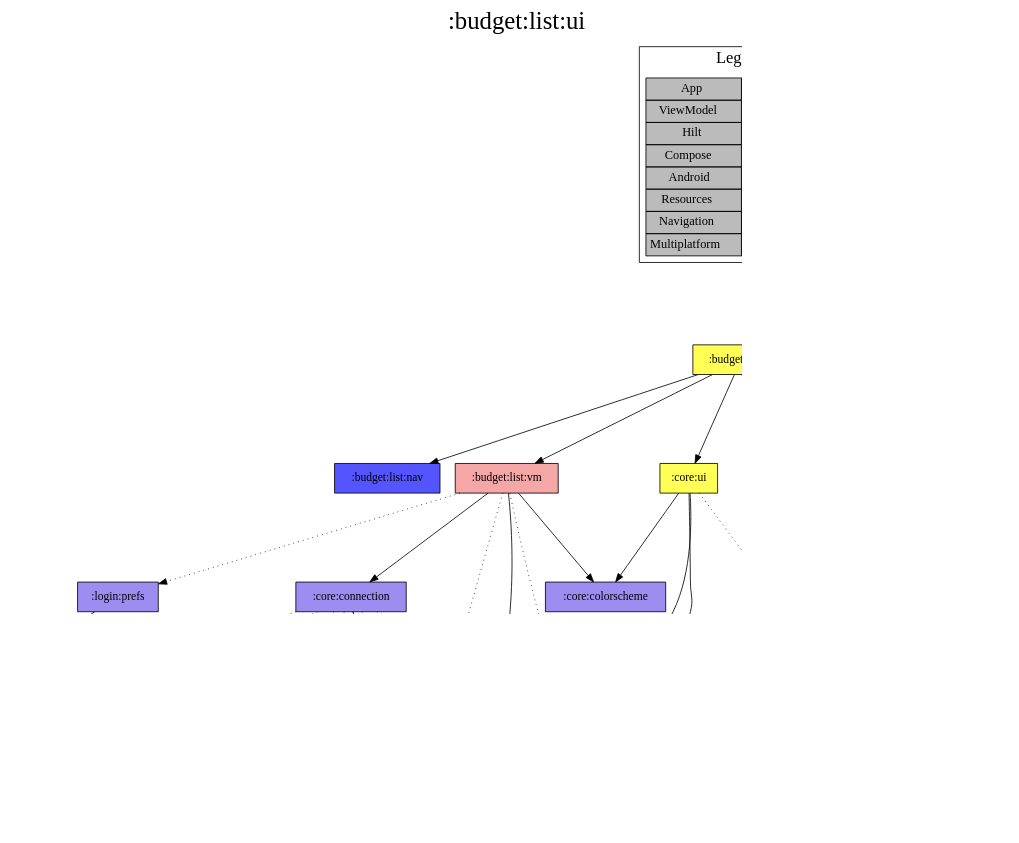
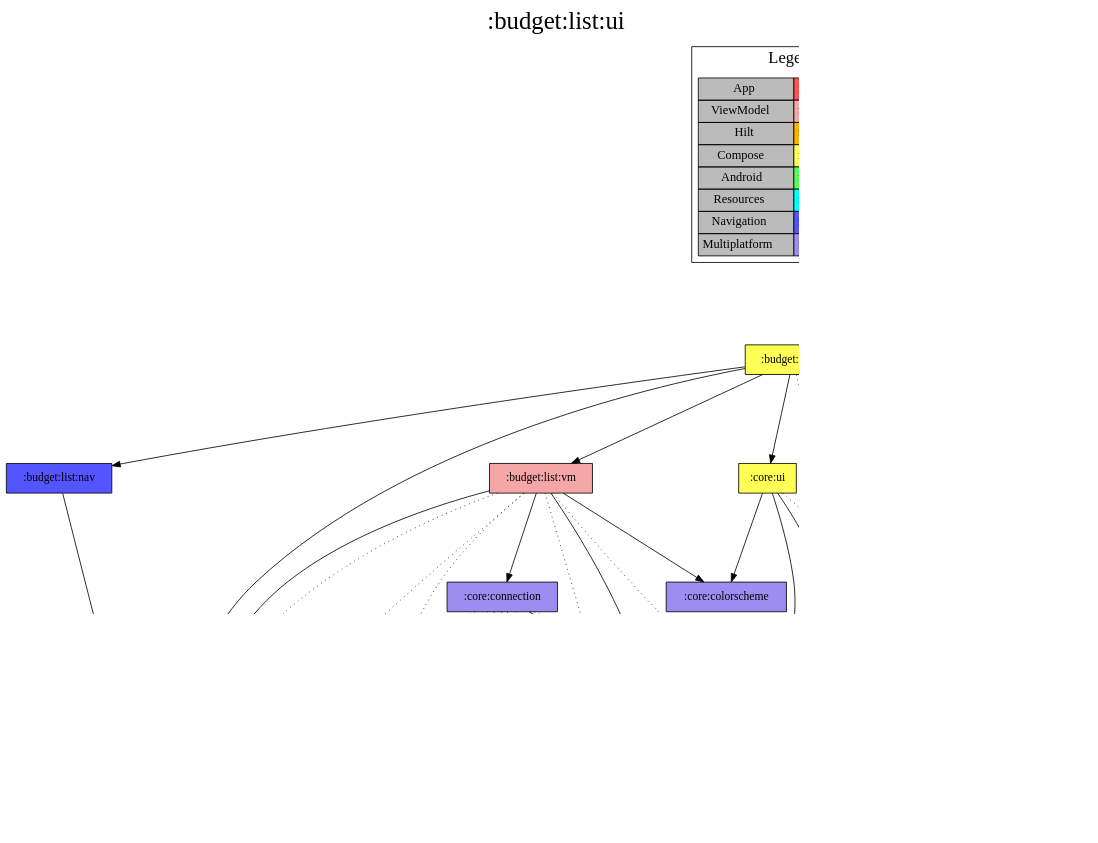
The diagram in modules/budget/list/ui/project-dependency-graph.dot (jonapoul/aktual), drawn with Graphviz before and after one commit. The commit also changed 36 other files, not shown here.

```diff
--- a/modules/budget/list/ui/project-dependency-graph.dot
+++ b/modules/budget/list/ui/project-dependency-graph.dot
@@ -1,77 +1,80 @@
 digraph {
 edge ["dir"="forward"]
 graph ["dpi"="100","label"=":budget:list:ui","labelloc"="t","fontsize"="30","ranksep"="1.5","rankdir"="TB"]
 node ["style"="filled"]
 ":budget:list:ui" ["fillcolor"="#FFFF55","shape"="box"]
 ":budget:list:nav" ["fillcolor"="#5555FF","shape"="box"]
+":login:model" ["fillcolor"="#9D8DF1","shape"="box"]
 ":budget:list:vm" ["fillcolor"="#F5A6A6","shape"="box"]
 ":core:colorscheme" ["fillcolor"="#9D8DF1","shape"="box"]
 ":core:connection" ["fillcolor"="#9D8DF1","shape"="box"]
 ":core:buildconfig" ["fillcolor"="#9D8DF1","shape"="box"]
 ":api:actual" ["fillcolor"="#9D8DF1","shape"="box"]
-":login:model" ["fillcolor"="#9D8DF1","shape"="box"]
 ":url:model" ["fillcolor"="#9D8DF1","shape"="box"]
 ":api:core" ["fillcolor"="#9D8DF1","shape"="box"]
 ":core:log" ["fillcolor"="#9D8DF1","shape"="box"]
 ":core:coroutines" ["fillcolor"="#9D8DF1","shape"="box"]
 ":core:versions" ["fillcolor"="#9D8DF1","shape"="box"]
 ":url:prefs" ["fillcolor"="#9D8DF1","shape"="box"]
-":login:prefs" ["fillcolor"="#9D8DF1","shape"="box"]
 ":core:ui" ["fillcolor"="#FFFF55","shape"="box"]
 ":core:res" ["fillcolor"="#00FFFF","shape"="box"]
 ":budget:list:res" ["fillcolor"="#00FFFF","shape"="box"]
 ":login:nav" ["fillcolor"="#5555FF","shape"="box"]
 ":url:nav" ["fillcolor"="#5555FF","shape"="box"]
 {
 edge ["dir"="none"]
 graph ["rank"="same"]
 }
 ":budget:list:ui" -> ":budget:list:nav"
 ":budget:list:ui" -> ":budget:list:vm"
 ":budget:list:ui" -> ":core:ui"
+":budget:list:ui" -> ":login:model"
 ":budget:list:ui" -> ":budget:list:res" ["style"="dotted"]
 ":budget:list:ui" -> ":core:res" ["style"="dotted"]
 ":budget:list:ui" -> ":login:nav" ["style"="dotted"]
 ":budget:list:ui" -> ":url:nav" ["style"="dotted"]
+":budget:list:nav" -> ":login:model"
 ":budget:list:vm" -> ":core:colorscheme"
 ":budget:list:vm" -> ":core:connection"
+":budget:list:vm" -> ":login:model"
 ":budget:list:vm" -> ":url:model"
+":budget:list:vm" -> ":api:actual" ["style"="dotted"]
+":budget:list:vm" -> ":core:coroutines" ["style"="dotted"]
+":budget:list:vm" -> ":core:log" ["style"="dotted"]
 ":budget:list:vm" -> ":core:versions" ["style"="dotted"]
-":budget:list:vm" -> ":login:prefs" ["style"="dotted"]
 ":budget:list:vm" -> ":url:prefs" ["style"="dotted"]
 ":core:connection" -> ":core:buildconfig"
 ":core:connection" -> ":api:actual" ["style"="dotted"]
 ":core:connection" -> ":api:core" ["style"="dotted"]
 ":core:connection" -> ":core:coroutines" ["style"="dotted"]
 ":core:connection" -> ":core:log" ["style"="dotted"]
 ":core:connection" -> ":core:versions" ["style"="dotted"]
 ":core:connection" -> ":url:model" ["style"="dotted"]
 ":core:connection" -> ":url:prefs" ["style"="dotted"]
 ":api:actual" -> ":login:model"
 ":api:actual" -> ":url:model"
 ":api:core" -> ":core:log"
 ":api:core" -> ":url:model"
 ":core:versions" -> ":core:buildconfig"
 ":url:prefs" -> ":url:model"
-":login:prefs" -> ":login:model"
 ":core:ui" -> ":core:colorscheme"
 ":core:ui" -> ":core:versions"
 ":core:ui" -> ":url:model"
 ":core:ui" -> ":core:res" ["style"="dotted"]
 subgraph "cluster_legend" {
 edge ["dir"="none"]
 graph ["label"="Legend","fontsize"="20"]
 "Legend" ["style"="filled","fillcolor"="#bbbbbb","shape"="none","margin"="0","fontsize"="15","label"=<
 <TABLE BORDER="0" CELLBORDER="1" CELLSPACING="0" CELLPADDING="4">
 <TR><TD>App</TD><TD BGCOLOR="#FF5555">module-name</TD></TR>
 <TR><TD>ViewModel</TD><TD BGCOLOR="#F5A6A6">module-name</TD></TR>
 <TR><TD>Hilt</TD><TD BGCOLOR="#FCB103">module-name</TD></TR>
 <TR><TD>Compose</TD><TD BGCOLOR="#FFFF55">module-name</TD></TR>
 <TR><TD>Android</TD><TD BGCOLOR="#55FF55">module-name</TD></TR>
 <TR><TD>Resources</TD><TD BGCOLOR="#00FFFF">module-name</TD></TR>
 <TR><TD>Navigation</TD><TD BGCOLOR="#5555FF">module-name</TD></TR>
 <TR><TD>Multiplatform</TD><TD BGCOLOR="#9D8DF1">module-name</TD></TR>
 </TABLE>
 >]
 } -> ":budget:list:ui" ["style"="invis"]
 }
```
